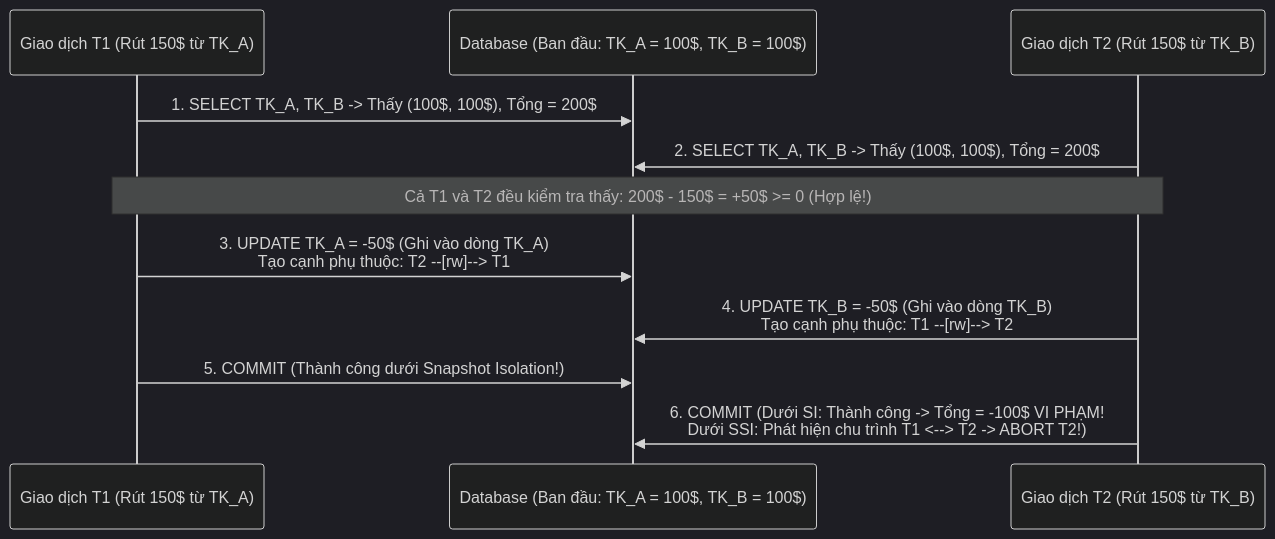
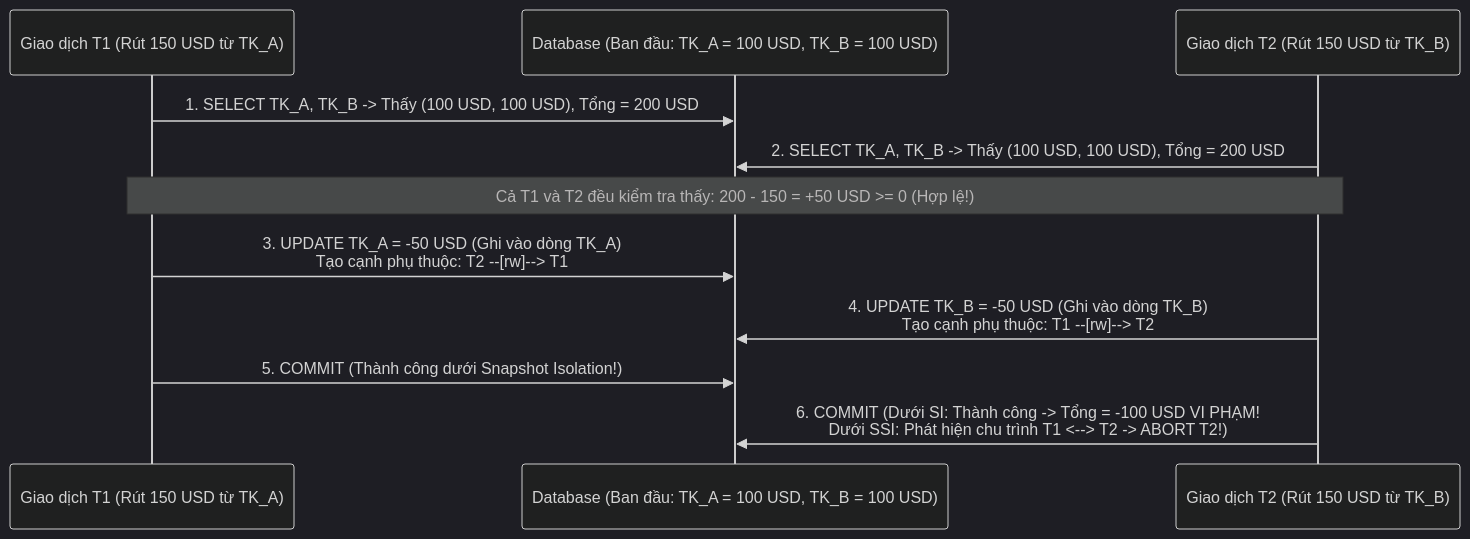
Before and after one commit to namaewanam/namaewanam.github.io: the second of 3 diagrams in docs/Database-Internals-Notes/database-internals-chapter5.vi.md, drawn with Mermaid (dark theme). The commit also changed other lines of this file and 54 other files, not shown here.

Commit message:
docs(database-internals): add beginner guides, glossaries, and diagrams

````diff
--- a/docs/Database-Internals-Notes/database-internals-chapter5.vi.md
+++ b/docs/Database-Internals-Notes/database-internals-chapter5.vi.md
@@ -390,14 +551,14 @@
 ```mermaid
 sequenceDiagram
-    participant T1 as Giao dịch T1 (Rút 150$ từ TK_A)
-    participant DB as Database (Ban đầu: TK_A = 100$, TK_B = 100$)
-    participant T2 as Giao dịch T2 (Rút 150$ từ TK_B)
+    participant T1 as Giao dịch T1 (Rút 150 USD từ TK_A)
+    participant DB as Database (Ban đầu: TK_A = 100 USD, TK_B = 100 USD)
+    participant T2 as Giao dịch T2 (Rút 150 USD từ TK_B)
 
-    T1->>DB: 1. SELECT TK_A, TK_B -> Thấy (100$, 100$), Tổng = 200$
-    T2->>DB: 2. SELECT TK_A, TK_B -> Thấy (100$, 100$), Tổng = 200$
-    Note over T1,T2: Cả T1 và T2 đều kiểm tra thấy: 200$ - 150$ = +50$ >= 0 (Hợp lệ!)
-    T1->>DB: 3. UPDATE TK_A = -50$ (Ghi vào dòng TK_A)<br/>Tạo cạnh phụ thuộc: T2 --[rw]--> T1
-    T2->>DB: 4. UPDATE TK_B = -50$ (Ghi vào dòng TK_B)<br/>Tạo cạnh phụ thuộc: T1 --[rw]--> T2
+    T1->>DB: 1. SELECT TK_A, TK_B -> Thấy (100 USD, 100 USD), Tổng = 200 USD
+    T2->>DB: 2. SELECT TK_A, TK_B -> Thấy (100 USD, 100 USD), Tổng = 200 USD
+    Note over T1,T2: Cả T1 và T2 đều kiểm tra thấy: 200 - 150 = +50 USD >= 0 (Hợp lệ!)
+    T1->>DB: 3. UPDATE TK_A = -50 USD (Ghi vào dòng TK_A)<br/>Tạo cạnh phụ thuộc: T2 --[rw]--> T1
+    T2->>DB: 4. UPDATE TK_B = -50 USD (Ghi vào dòng TK_B)<br/>Tạo cạnh phụ thuộc: T1 --[rw]--> T2
     T1->>DB: 5. COMMIT (Thành công dưới Snapshot Isolation!)
-    T2->>DB: 6. COMMIT (Dưới SI: Thành công -> Tổng = -100$ VI PHẠM!<br/>Dưới SSI: Phát hiện chu trình T1 <--> T2 -> ABORT T2!)
+    T2->>DB: 6. COMMIT (Dưới SI: Thành công -> Tổng = -100 USD VI PHẠM!<br/>Dưới SSI: Phát hiện chu trình T1 <--> T2 -> ABORT T2!)
 ```
````
